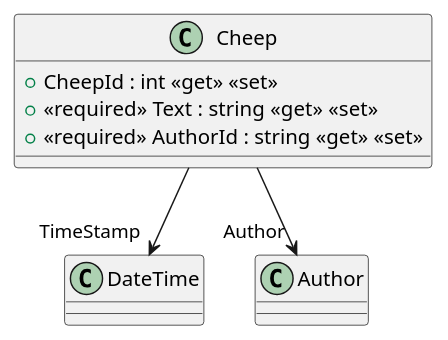
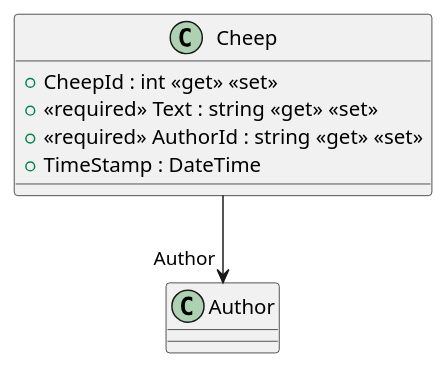
Before and after one commit to ITU-BDSA2024-GROUP9/Chirp: the diagram in docs/diagrams/src/Chirp.Core/Classes/Cheep.puml, drawn with PlantUML. The commit also changed 4 other files, not shown here.

Commit message:
created domain only diagram

```diff
--- a/docs/diagrams/src/Chirp.Core/Classes/Cheep.puml
+++ b/docs/diagrams/src/Chirp.Core/Classes/Cheep.puml
@@ -1,9 +1,9 @@
 @startuml
 class Cheep {
     + CheepId : int <<get>> <<set>>
     + <<required>> Text : string <<get>> <<set>>
     + <<required>> AuthorId : string <<get>> <<set>>
+    + TimeStamp : DateTime
 }
-Cheep --> "TimeStamp" DateTime
 Cheep --> "Author" Author
 @enduml
```
